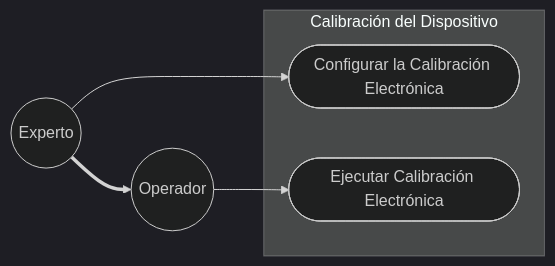
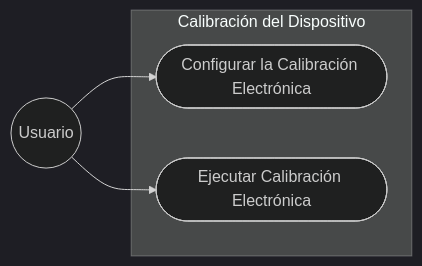
The eighth of 22 diagrams in Gmini-MarkDown/Guanaco Mini.md (alegrelias/Repo-GMini), drawn with Mermaid (dark theme) before and after one commit. The commit also changed other lines of this file, not shown here.

Commit message:
Se agregan diagramas de CU actualizados al documento

````diff
--- a/Gmini-MarkDown/Guanaco Mini.md
+++ b/Gmini-MarkDown/Guanaco Mini.md
@@ -621,18 +617,14 @@
 ```mermaid
 flowchart LR
 %% Actores
-Operador((Operador))
-Experto((Experto))
+Usuario((Usuario))
 
 subgraph Calibración del Dispositivo
 	CU1([Configurar la Calibración Electrónica])
 	CU2([Ejecutar Calibración Electrónica])
 end
 
-%% Jerarquía
-Experto ==> Operador
-
 %% Asociación
-Experto --> CU1
-Operador --> CU2
+Usuario --> CU1
+Usuario --> CU2
 ```
````
